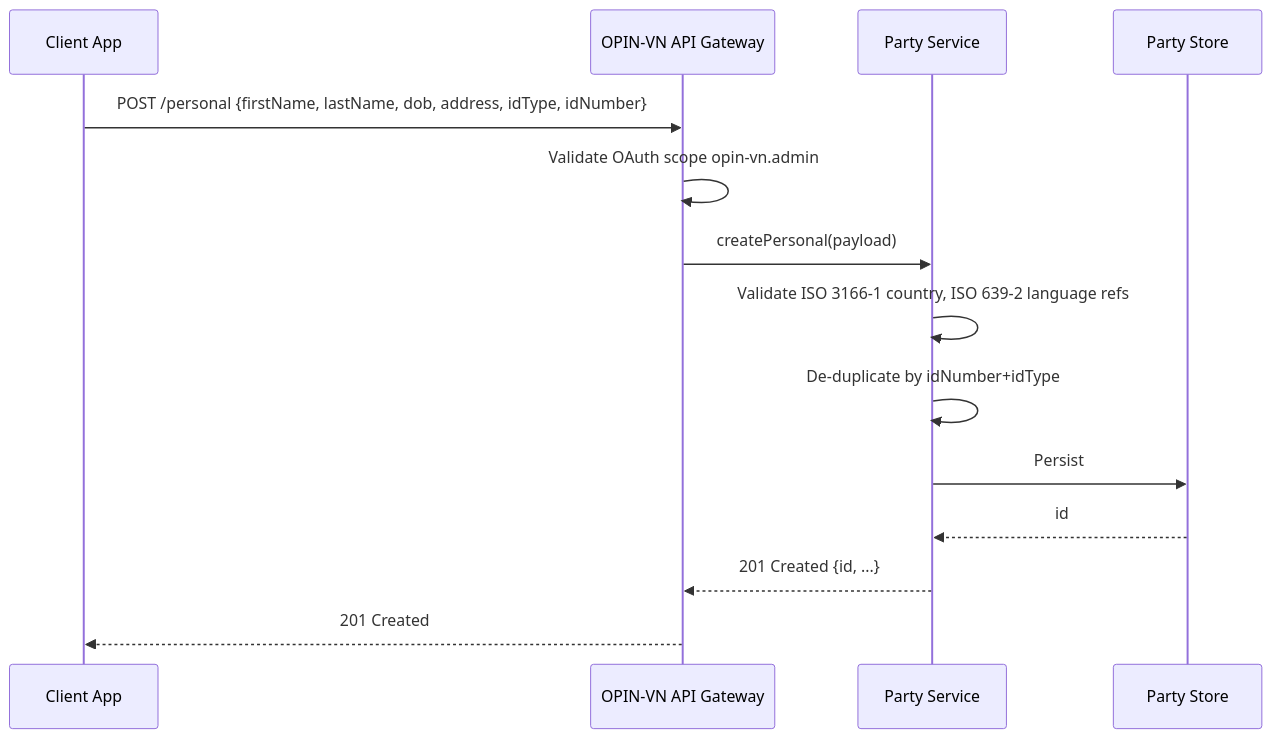
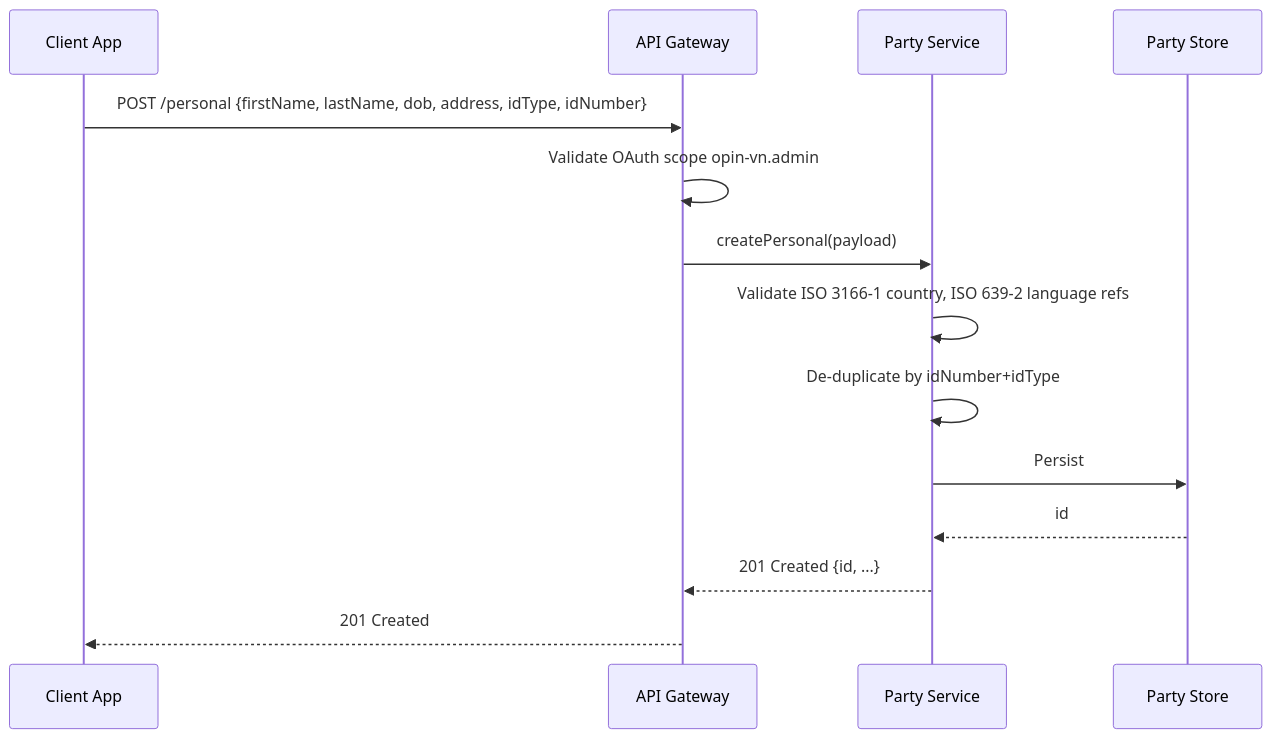
Before and after one commit to trisilva/opin: the second of 4 diagrams in 01-core-parties/api.md, drawn with Mermaid. The commit also changed other lines of this file and 28 other files, not shown here.

````diff
--- a/01-core-parties/api.md
+++ b/01-core-parties/api.md
@@ -92,16 +92,16 @@
 ```mermaid
 sequenceDiagram
     participant Client as Client App
-    participant Gateway as OPIN-VN API Gateway
+    participant Gateway as API Gateway
     participant Service as Party Service
     participant Store as Party Store
     Client->>Gateway: POST /personal {firstName, lastName, dob, address, idType, idNumber}
     Gateway->>Gateway: Validate OAuth scope opin-vn.admin
     Gateway->>Service: createPersonal(payload)
     Service->>Service: Validate ISO 3166-1 country, ISO 639-2 language refs
     Service->>Service: De-duplicate by idNumber+idType
     Service->>Store: Persist
     Store-->>Service: id
     Service-->>Gateway: 201 Created {id, ...}
     Gateway-->>Client: 201 Created
 ```
````
